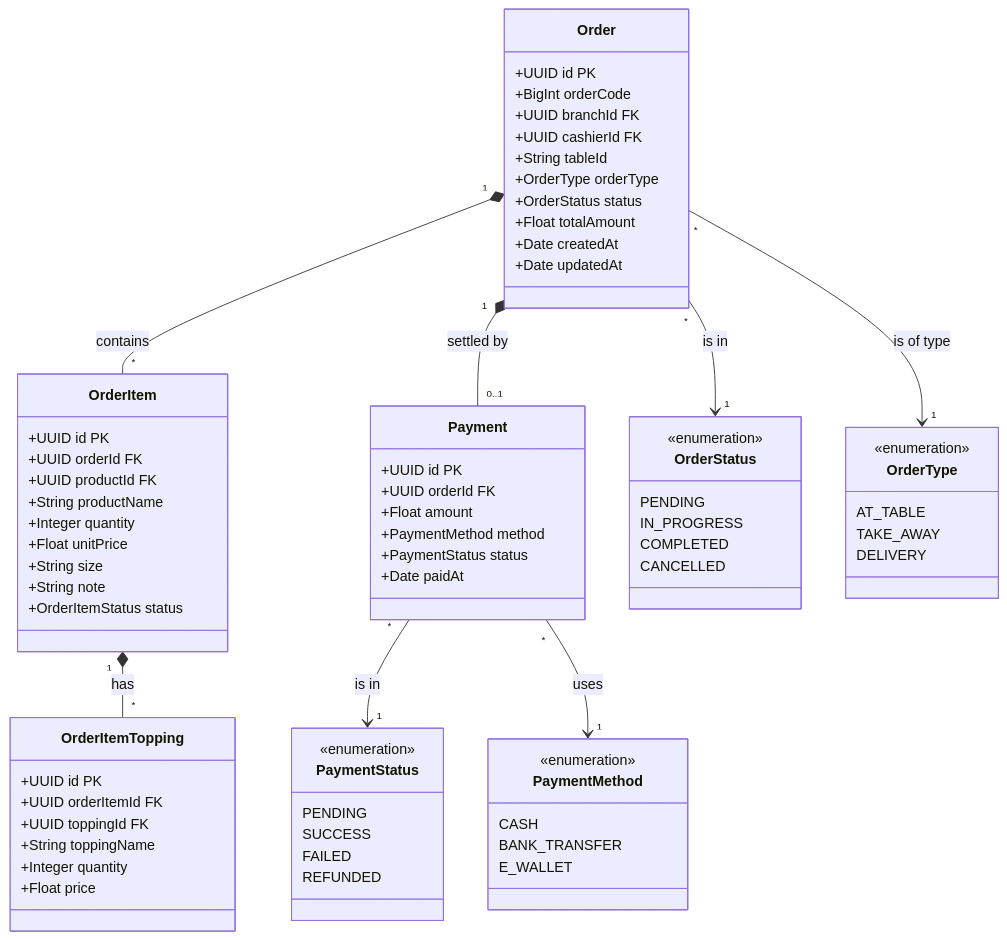
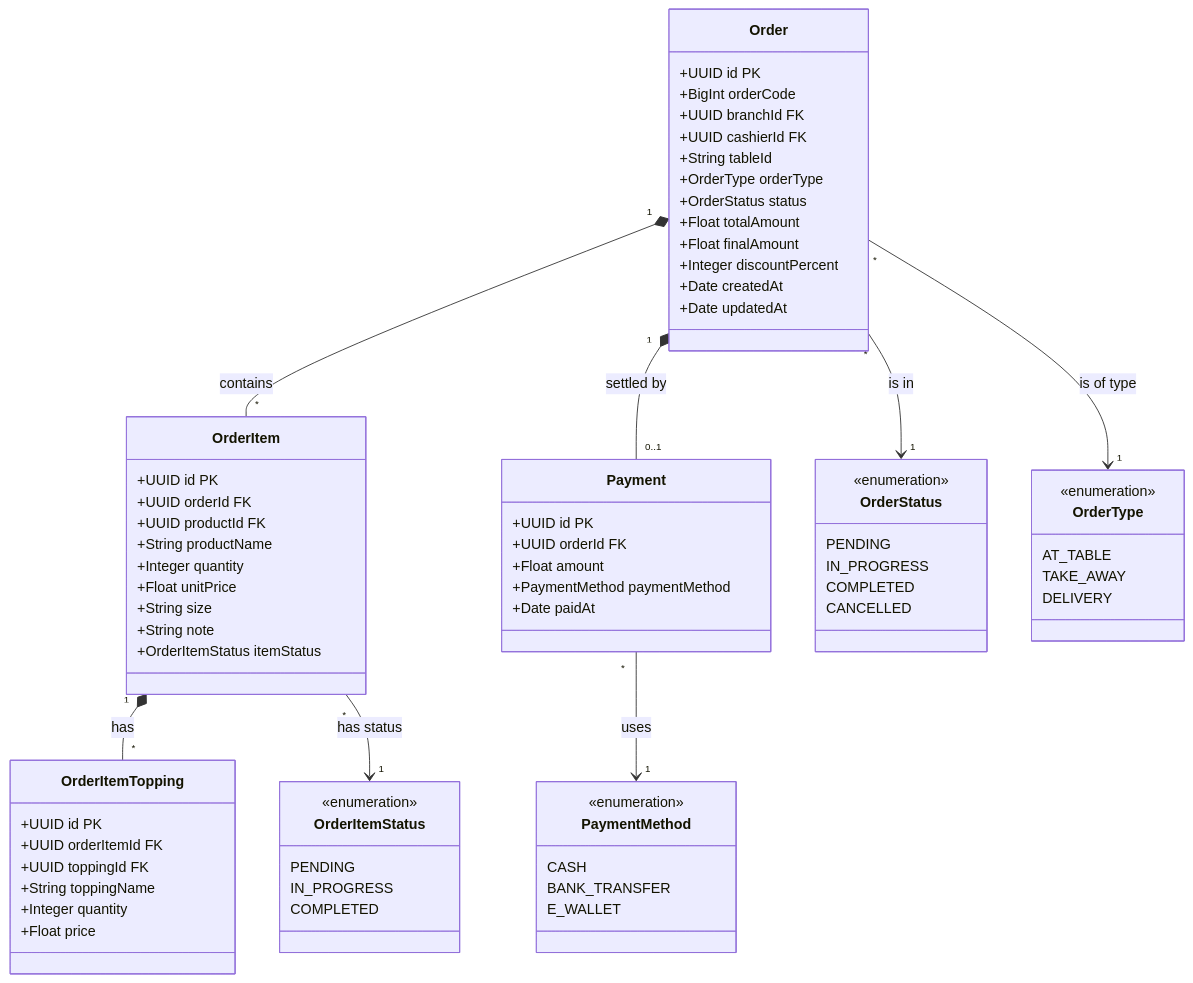
One commit to pnwang1704/KLTN_N70 changed the third of 5 diagrams in docs/CLASS_DIAGRAMS.md. Above: the diagram before and after it, drawn with Mermaid. The commit also changed other lines of this file and 4 other files, not shown here.

Commit message:
docs: synchronize all technical documentation with latest architectural and business updates

````diff
--- a/docs/CLASS_DIAGRAMS.md
+++ b/docs/CLASS_DIAGRAMS.md
@@ -81,6 +85,8 @@
         +OrderType orderType
         +OrderStatus status
         +Float totalAmount
+        +Float finalAmount
+        +Integer discountPercent
         +Date createdAt
         +Date updatedAt
     }
@@ -94,7 +100,7 @@
         +Float unitPrice
         +String size
         +String note
-        +OrderItemStatus status
+        +OrderItemStatus itemStatus
     }
 
     class OrderItemTopping {
@@ -110,8 +116,7 @@
         +UUID id PK
         +UUID orderId FK
         +Float amount
-        +PaymentMethod method
-        +PaymentStatus status
+        +PaymentMethod paymentMethod
         +Date paidAt
     }
 
@@ -123,19 +128,18 @@
         CANCELLED
     }
 
+    class OrderItemStatus {
+        <<enumeration>>
+        PENDING
+        IN_PROGRESS
+        COMPLETED
+    }
+
     class OrderType {
         <<enumeration>>
         AT_TABLE
         TAKE_AWAY
         DELIVERY
-    }
-    
-    class PaymentStatus {
-        <<enumeration>>
-        PENDING
-        SUCCESS
-        FAILED
-        REFUNDED
     }
     
     class PaymentMethod {
@@ -150,6 +154,6 @@
     Order "1" *-- "0..1" Payment : settled by
     Order "*" --> "1" OrderStatus : is in
     Order "*" --> "1" OrderType : is of type
-    Payment "*" --> "1" PaymentStatus : is in
+    OrderItem "*" --> "1" OrderItemStatus : has status
     Payment "*" --> "1" PaymentMethod : uses
 ```
````
